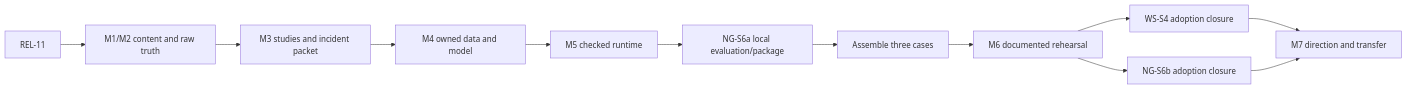
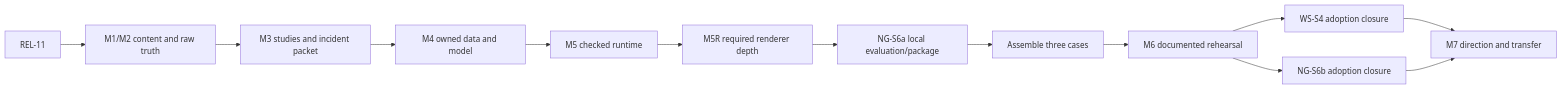
One commit to LisowskiPawel/SparkleEngine changed the second of 2 diagrams in Docs/Strategy/Roadmap.md. Above: the diagram before and after it, drawn with Mermaid. The commit also changed other lines of this file and 16 other files, not shown here.

````diff
--- a/Docs/Strategy/Roadmap.md
+++ b/Docs/Strategy/Roadmap.md
@@ -145,14 +147,15 @@
 ```mermaid
 flowchart LR
     Release[REL-11] --> Content[M1/M2 content and raw truth]
     Content --> Classical[M3 studies and incident packet]
     Classical --> Data[M4 owned data and model]
     Data --> Kernels[M5 checked runtime]
-    Kernels --> Evaluation[NG-S6a local evaluation/package]
+    Kernels --> Depth[M5R required renderer depth]
+    Depth --> Evaluation[NG-S6a local evaluation/package]
     Evaluation --> Cases[Assemble three cases]
     Cases --> Reproduce[M6 documented rehearsal]
     Reproduce --> StudyClose[WS-S4 adoption closure]
     Reproduce --> NeuralClose[NG-S6b adoption closure]
     StudyClose --> Transfer[M7 direction and transfer]
     NeuralClose --> Transfer
 ```
````
